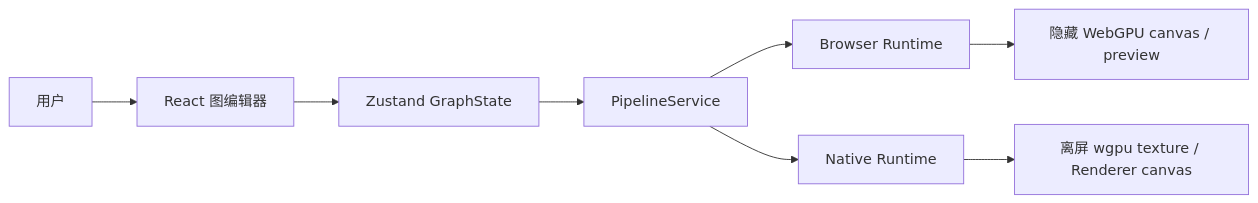
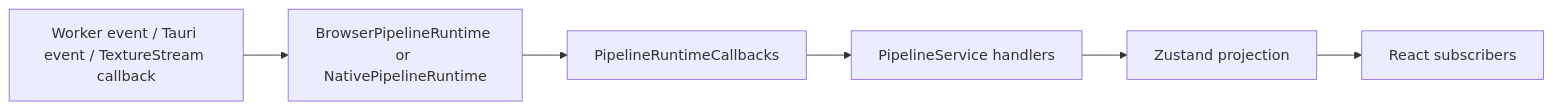
One commit to sanitor/open_quartz changed the fifth of 11 diagrams in docs/DESIGN.md. Above: the diagram before and after it, drawn with Mermaid. The commit also changed other lines of this file, not shown here.

First line of the commit message:
docs: rebuild software architecture design

````diff
--- a/docs/DESIGN.md
+++ b/docs/DESIGN.md
@@ -91,10 +383,11 @@
 ```mermaid
 flowchart LR
-    User[用户] --> Editor[React 图编辑器]
-    Editor --> Store[Zustand GraphState]
-    Store --> Service[PipelineService]
-    Service --> Browser[Browser Runtime]
-    Service --> Native[Native Runtime]
-    Browser --> BrowserOutput[隐藏 WebGPU canvas / preview]
-    Native --> NativeOutput[离屏 wgpu texture / Renderer canvas]
+    Runtime[Worker event / Tauri event / TextureStream callback]
+    Adapter[BrowserPipelineRuntime or NativePipelineRuntime]
+    Callbacks[PipelineRuntimeCallbacks]
+    Service[PipelineService handlers]
+    Store[Zustand projection]
+    UI[React subscribers]
+
+    Runtime --> Adapter --> Callbacks --> Service --> Store --> UI
 ```
````
